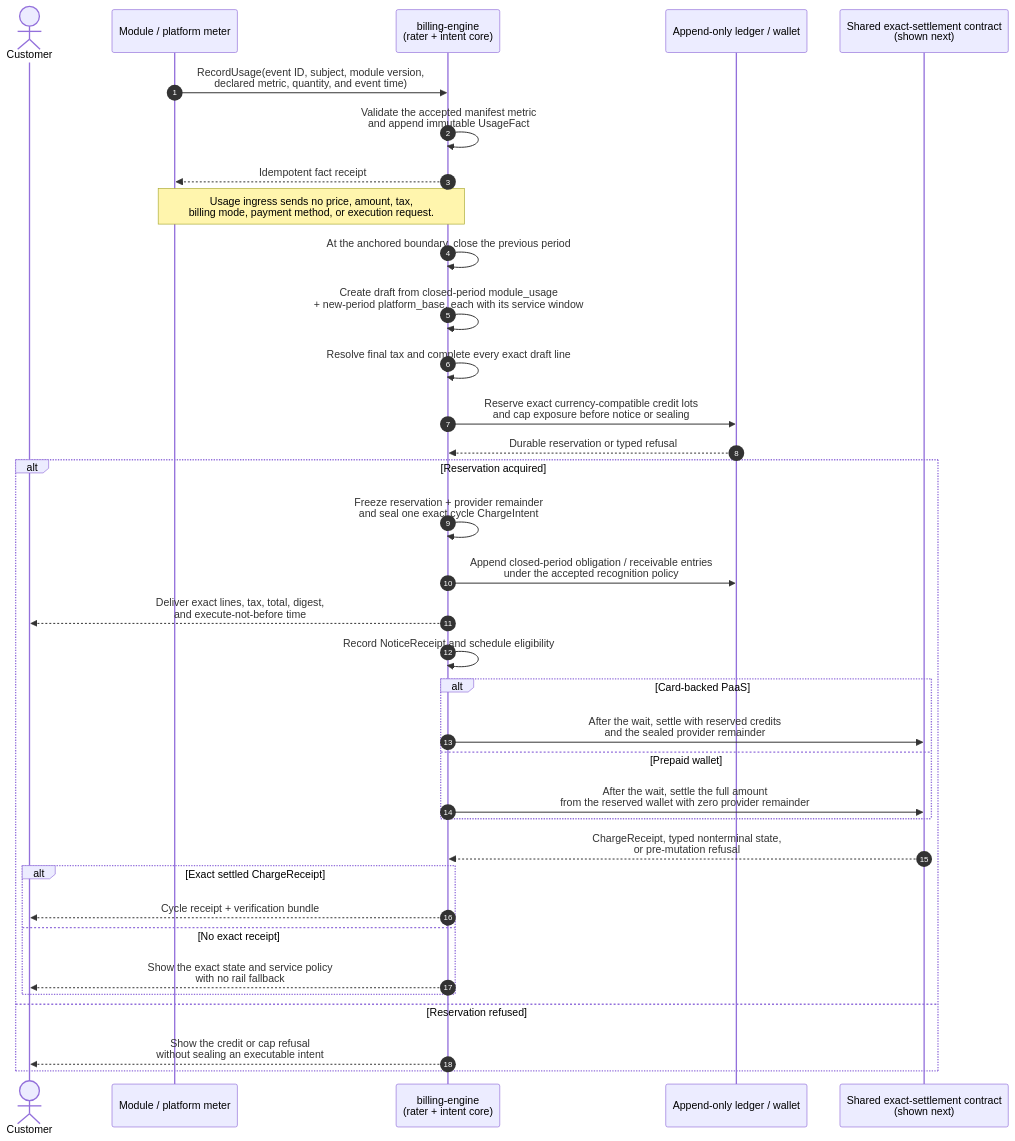
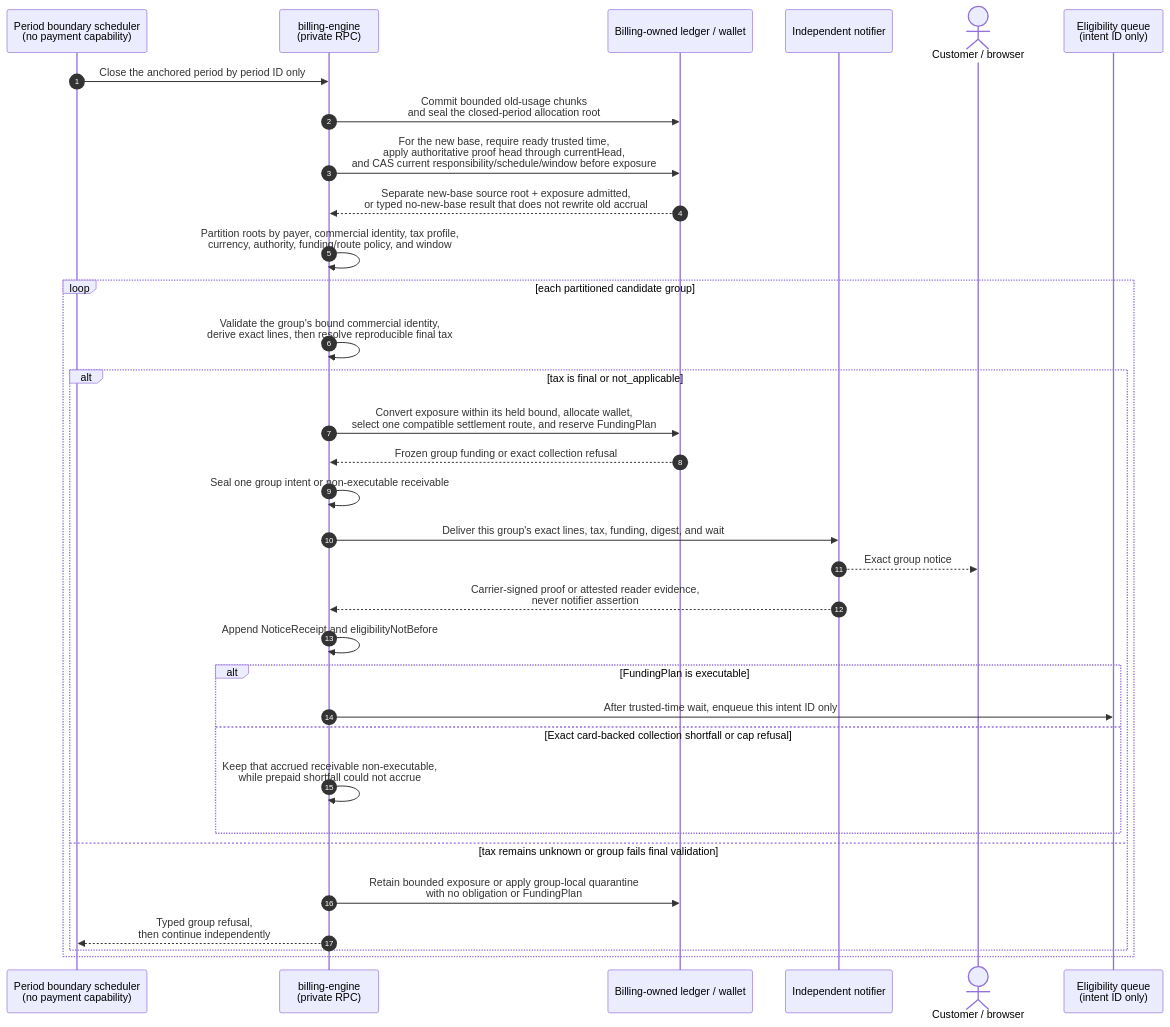
One commit to mirrorstack-ai/billing-engine changed diagram 13 of 17 in README.md. Above: the diagram before and after it, drawn with Mermaid. The commit also changed other lines of this file and 8 other files, not shown here.

Commit message:
docs: harden intent-only billing architecture

````diff
--- a/README.md
+++ b/README.md
@@ -302,39 +703,36 @@
 ```mermaid
 sequenceDiagram
     autonumber
-    actor Customer
-    participant Meter as Module / platform meter
-    participant Engine as billing-engine<br/>(rater + intent core)
-    participant Ledger as Append-only ledger / wallet
-    participant Settlement as Shared exact-settlement contract<br/>(shown next)
+    participant Period as Period boundary scheduler<br/>(no payment capability)
+    participant Engine as billing-engine<br/>(private RPC)
+    participant State as Billing-owned ledger / wallet
+    participant Notice as Independent notifier
+    actor Customer as Customer / browser
+    participant Queue as Eligibility queue<br/>(intent ID only)
 
-    Meter->>Engine: RecordUsage(event ID, subject, module version,<br/>declared metric, quantity, and event time)
-    Engine->>Engine: Validate the accepted manifest metric<br/>and append immutable UsageFact
-    Engine-->>Meter: Idempotent fact receipt
-    Note over Meter,Engine: Usage ingress sends no price, amount, tax,<br/>billing mode, payment method, or execution request.
-
-    Engine->>Engine: At the anchored boundary, close the previous period
-    Engine->>Engine: Create draft from closed-period module_usage<br/>+ new-period platform_base, each with its service window
-    Engine->>Engine: Resolve final tax and complete every exact draft line
-    Engine->>Ledger: Reserve exact currency-compatible credit lots<br/>and cap exposure before notice or sealing
-    Ledger-->>Engine: Durable reservation or typed refusal
-    alt Reservation acquired
-        Engine->>Engine: Freeze reservation + provider remainder<br/>and seal one exact cycle ChargeIntent
-        Engine->>Ledger: Append closed-period obligation / receivable entries<br/>under the accepted recognition policy
-        Engine-->>Customer: Deliver exact lines, tax, total, digest,<br/>and execute-not-before time
-        Engine->>Engine: Record NoticeReceipt and schedule eligibility
-        alt Card-backed PaaS
-            Engine->>Settlement: After the wait, settle with reserved credits<br/>and the sealed provider remainder
-        else Prepaid wallet
-            Engine->>Settlement: After the wait, settle the full amount<br/>from the reserved wallet with zero provider remainder
+    Period->>Engine: Close the anchored period by period ID only
+    Engine->>State: Commit bounded old-usage chunks<br/>and seal the closed-period allocation root
+    Engine->>State: For the new base, require ready trusted time,<br/>apply authoritative proof head through currentHead,<br/>and CAS current responsibility/schedule/window before exposure
+    State-->>Engine: Separate new-base source root + exposure admitted,<br/>or typed no-new-base result that does not rewrite old accrual
+    Engine->>Engine: Partition roots by payer, commercial identity, tax profile,<br/>currency, authority, funding/route policy, and window
+    loop each partitioned candidate group
+        Engine->>Engine: Validate the group's bound commercial identity,<br/>derive exact lines, then resolve reproducible final tax
+        alt tax is final or not_applicable
+            Engine->>State: Convert exposure within its held bound, allocate wallet,<br/>select one compatible settlement route, and reserve FundingPlan
+            State-->>Engine: Frozen group funding or exact collection refusal
+            Engine->>Engine: Seal one group intent or non-executable receivable
+            Engine->>Notice: Deliver this group's exact lines, tax, funding, digest, and wait
+            Notice-->>Customer: Exact group notice
+            Notice-->>Engine: Carrier-signed proof or attested reader evidence,<br/>never notifier assertion
+            Engine->>Engine: Append NoticeReceipt and eligibilityNotBefore
+            alt FundingPlan is executable
+                Engine->>Queue: After trusted-time wait, enqueue this intent ID only
+            else Exact card-backed collection shortfall or cap refusal
+                Engine->>Engine: Keep that accrued receivable non-executable,<br/>while prepaid shortfall could not accrue
+            end
+        else tax remains unknown or group fails final validation
+            Engine->>State: Retain bounded exposure or apply group-local quarantine<br/>with no obligation or FundingPlan
+            Engine-->>Period: Typed group refusal,<br/>then continue independently
         end
-        Settlement-->>Engine: ChargeReceipt, typed nonterminal state,<br/>or pre-mutation refusal
-        alt Exact settled ChargeReceipt
-            Engine-->>Customer: Cycle receipt + verification bundle
-        else No exact receipt
-            Engine-->>Customer: Show the exact state and service policy<br/>with no rail fallback
-        end
-    else Reservation refused
-        Engine-->>Customer: Show the credit or cap refusal<br/>without sealing an executable intent
     end
 ```
````
